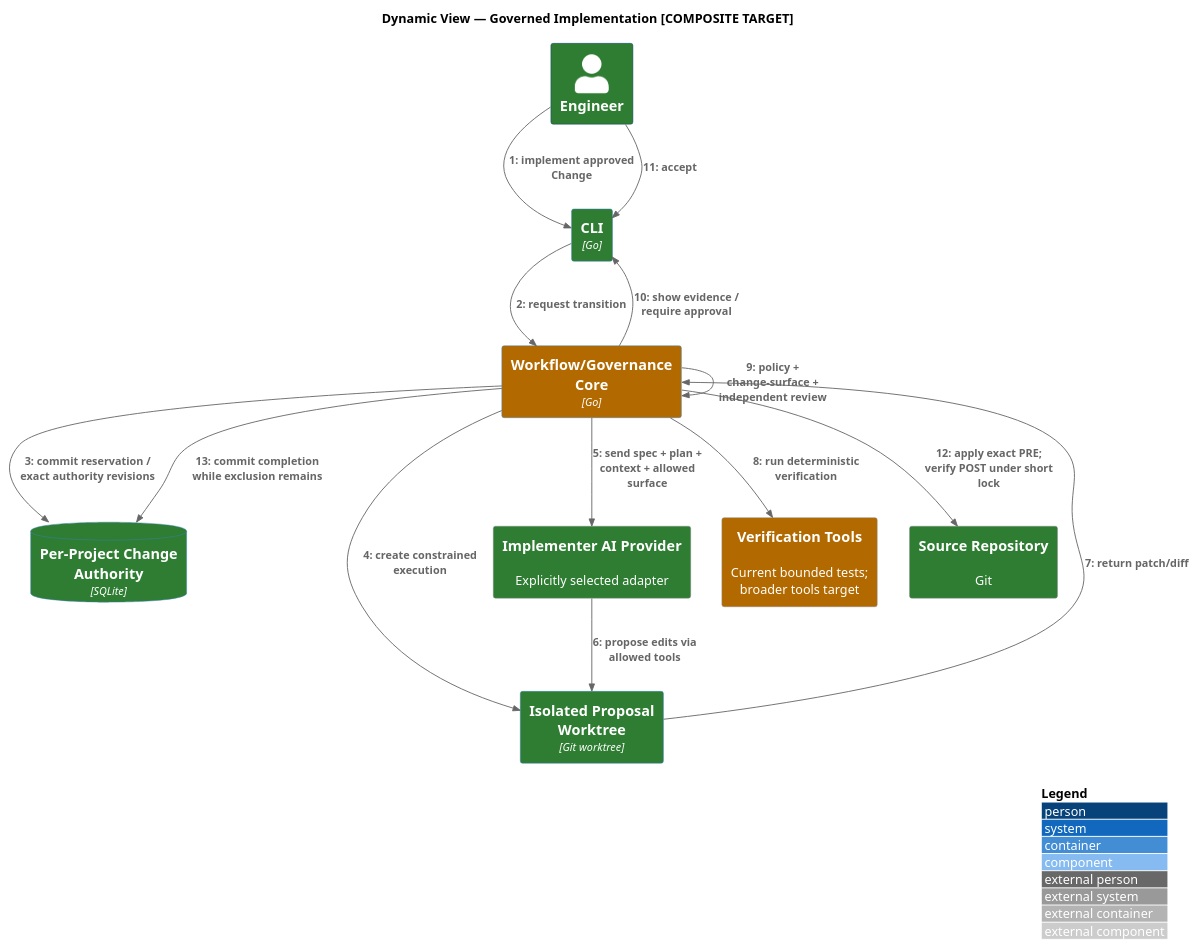
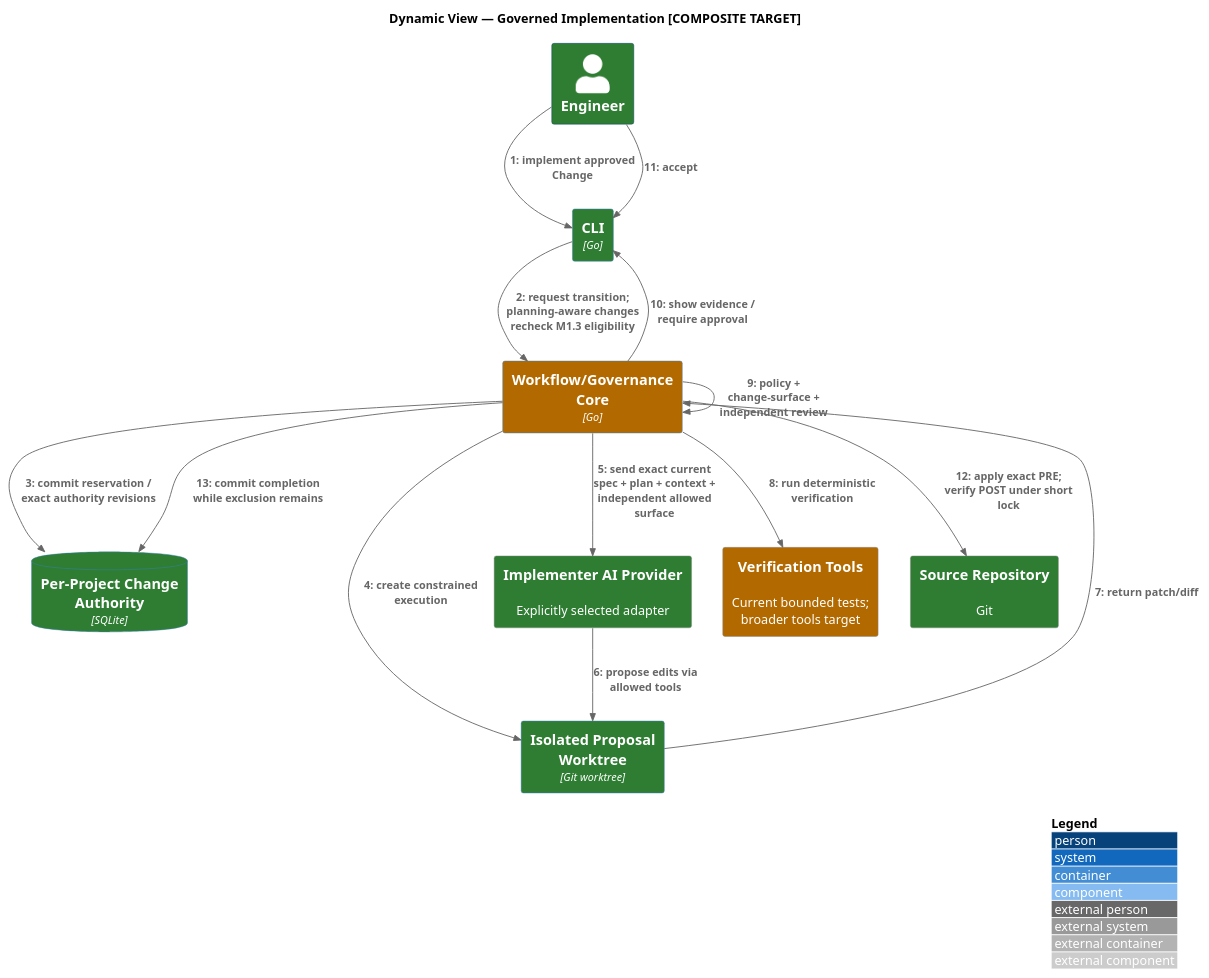
One commit to Eu-Pedro0ficial/praetor changed the diagram in docs/architecture/src/docs/arc42/diagrams/dynamic-change-execution.puml. Above: the diagram before and after it, drawn with PlantUML. The commit also changed 30 other files, not shown here.

Commit message:
docs(architecture): approve M1.3 planning authority

```diff
--- a/docs/architecture/src/docs/arc42/diagrams/dynamic-change-execution.puml
+++ b/docs/architecture/src/docs/arc42/diagrams/dynamic-change-execution.puml
@@ -1,29 +1,29 @@
 @startuml
 !include <C4/C4_Dynamic>
 AddElementTag("AS-IS", $bgColor="#2E7D32", $fontColor="#FFFFFF", $legendText="AS-IS")
 AddElementTag("PARTIAL", $bgColor="#B26A00", $fontColor="#FFFFFF", $legendText="PARTIAL")
 AddElementTag("TARGET", $bgColor="#2457A7", $fontColor="#FFFFFF", $legendText="TARGET")
 LAYOUT_WITH_LEGEND()
 title Dynamic View — Governed Implementation [COMPOSITE TARGET]
 Person(engineer, "Engineer", $tags="AS-IS")
 Container(cli, "CLI", "Go", $tags="AS-IS")
 Container(core, "Workflow/Governance Core", "Go", $tags="PARTIAL")
 ContainerDb(changeStore, "Per-Project Change Authority", "SQLite", $tags="AS-IS")
 Container(sandbox, "Isolated Proposal Worktree", "Git worktree", $tags="AS-IS")
 System_Ext(ai, "Implementer AI Provider", "Explicitly selected adapter", $tags="AS-IS")
 System_Ext(tools, "Verification Tools", "Current bounded tests; broader tools target", $tags="PARTIAL")
 System_Ext(src, "Source Repository", "Git", $tags="AS-IS")
 RelIndex(1, engineer, cli, "implement approved Change")
-RelIndex(2, cli, core, "request transition")
+RelIndex(2, cli, core, "request transition; planning-aware changes recheck M1.3 eligibility")
 RelIndex(3, core, changeStore, "commit reservation / exact authority revisions")
 RelIndex(4, core, sandbox, "create constrained execution")
-RelIndex(5, core, ai, "send spec + plan + context + allowed surface")
+RelIndex(5, core, ai, "send exact current spec + plan + context + independent allowed surface")
 RelIndex(6, ai, sandbox, "propose edits via allowed tools")
 RelIndex(7, sandbox, core, "return patch/diff")
 RelIndex(8, core, tools, "run deterministic verification")
 RelIndex(9, core, core, "policy + change-surface + independent review")
 RelIndex(10, core, cli, "show evidence / require approval")
 RelIndex(11, engineer, cli, "accept")
 RelIndex(12, core, src, "apply exact PRE; verify POST under short lock")
 RelIndex(13, core, changeStore, "commit completion while exclusion remains")
 @enduml
```
